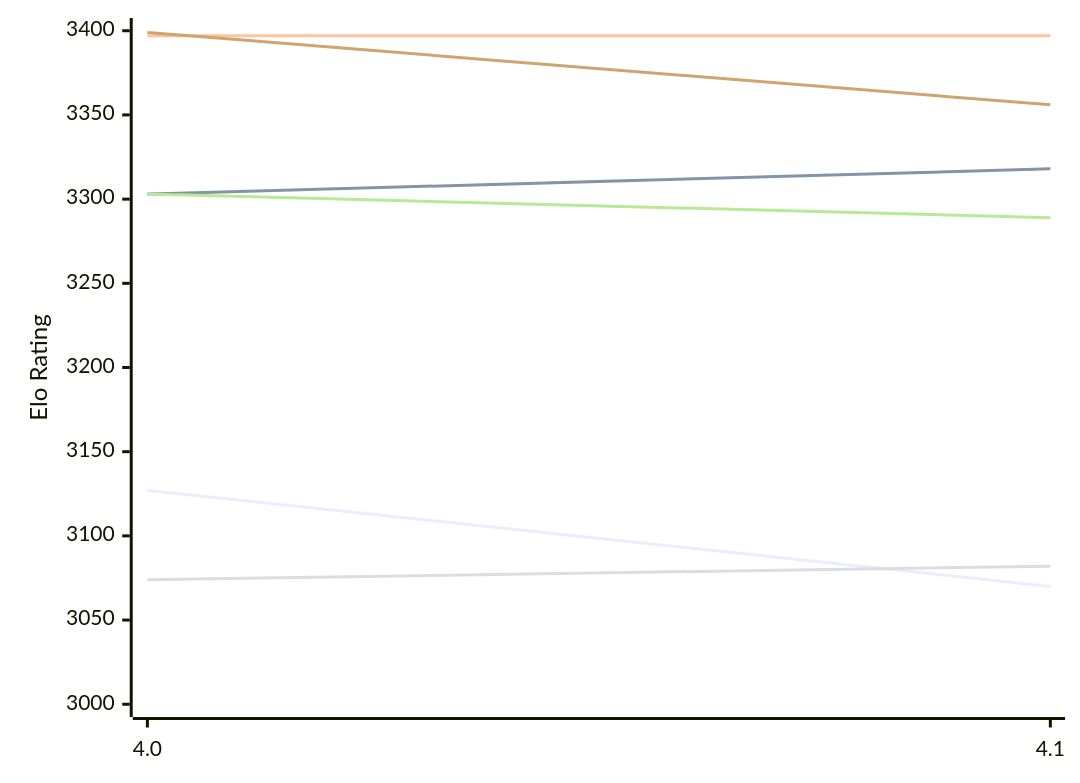
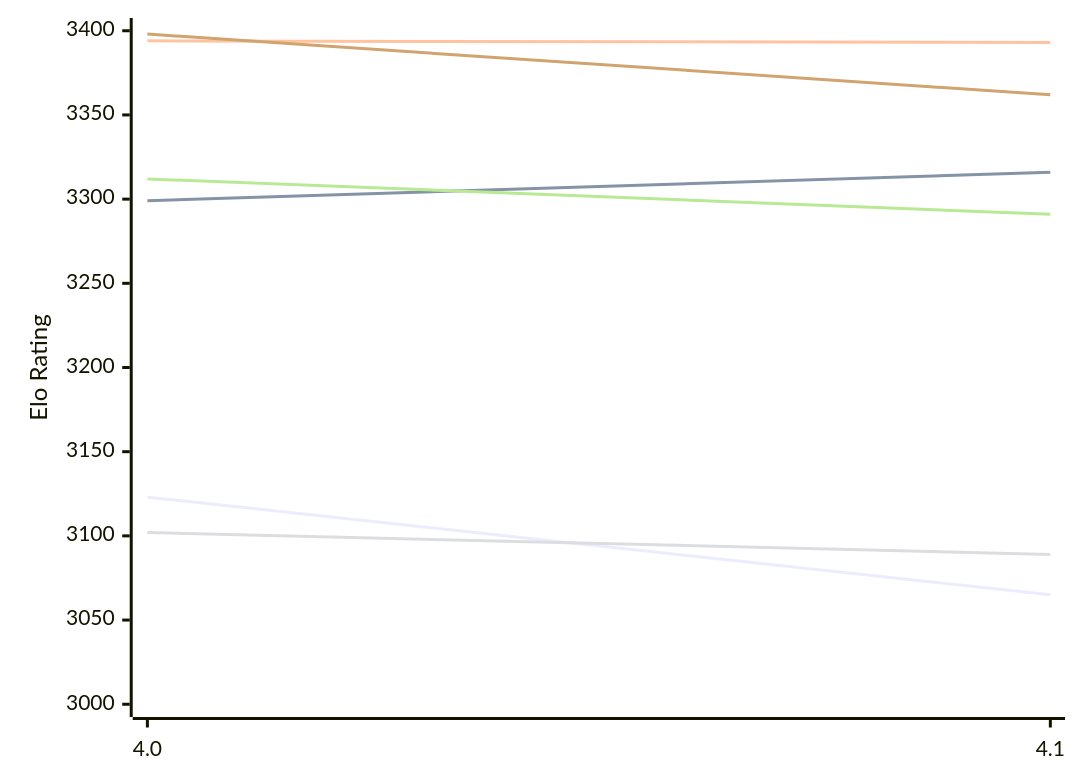
One commit to computer-chess-index/cci changed the first of 2 diagrams in engines/Petrel.md. Above: the diagram before and after it, drawn with Mermaid. The commit also changed other lines of this file, not shown here.

Commit message:
Update CCI Ratings (ELO VLTC) - 2026-11-21

````diff
--- a/engines/Petrel.md
+++ b/engines/Petrel.md
@@ -57,12 +57,12 @@
 ```mermaid
 %%{init: {"theme":"base","themeVariables":{"seriesColors:['#a3a3a3','#222221','#faa371']}}}%%
 xychart-beta
   x-axis ["4.0", "4.1"]
   y-axis "Elo Rating" 3000 --> 3400
-  line "E1: STC (8.0+0.08s)" [3127, 3070]
-  line "E1: LTC (60.0+0.60s)" [3303, 3318]
-  line "E1: VLTC (2m24s+1.12s)" [3397, 3397]
-  line "P1: STC (8.0+0.08s)" [3074, 3082]
-  line "P1: LTC (60.0+0.60s)" [3303, 3289]
-  line "P1: VLTC (2m24s+1.12s)" [3399, 3356]
+  line "E1: STC (8.0+0.08s)" [3123, 3065]
+  line "E1: LTC (60.0+0.60s)" [3299, 3316]
+  line "E1: VLTC (2m24s+1.12s)" [3394, 3393]
+  line "P1: STC (8.0+0.08s)" [3102, 3089]
+  line "P1: LTC (60.0+0.60s)" [3312, 3291]
+  line "P1: VLTC (2m24s+1.12s)" [3398, 3362]
 ```
````
